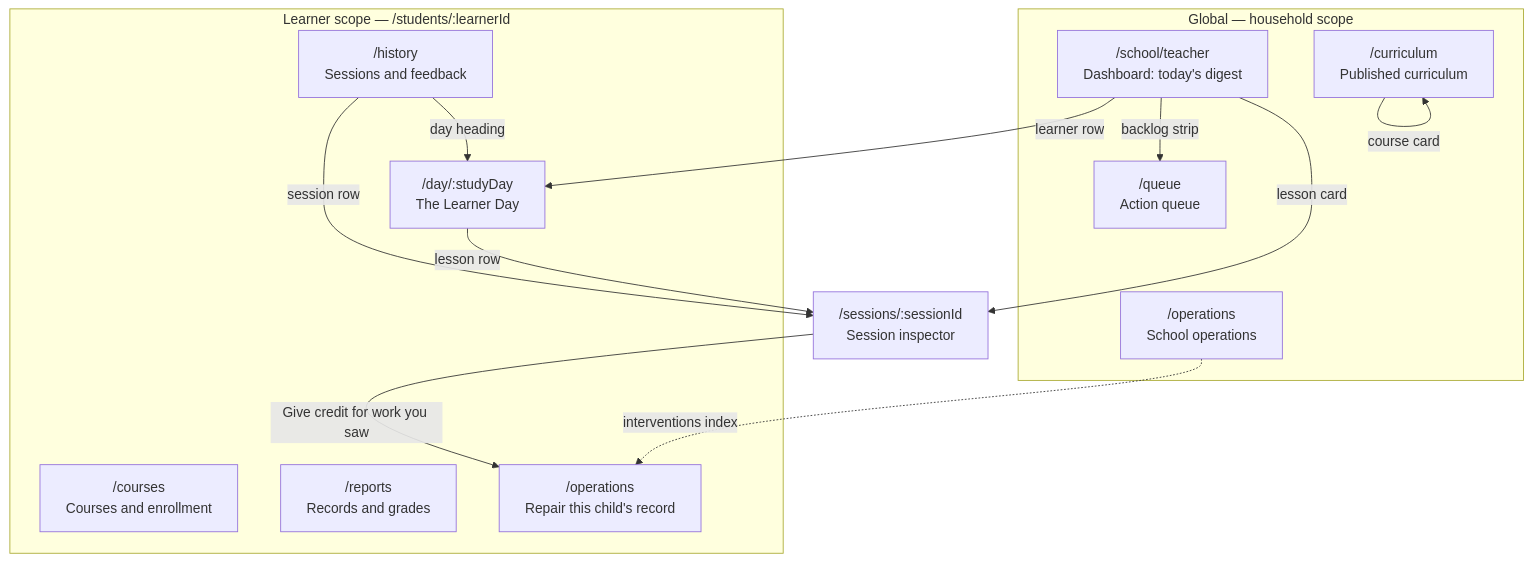
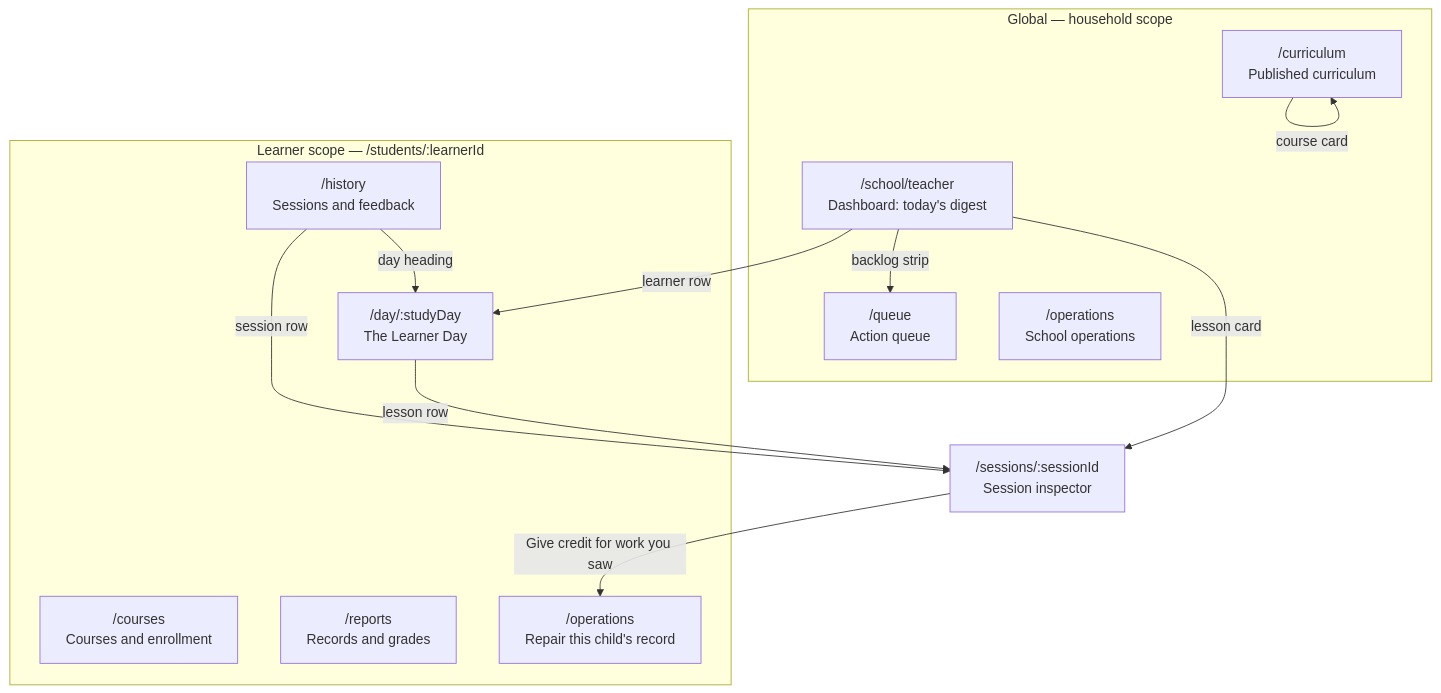
The second of 16 diagrams in docs/reference/school/teacher.md (kckern/DaylightStation), drawn with Mermaid before and after one commit. The commit also changed other lines of this file and 14 other files, not shown here.

````diff
--- a/docs/reference/school/teacher.md
+++ b/docs/reference/school/teacher.md
@@ -90,27 +92,26 @@
 ```mermaid
 flowchart TD
     subgraph global["Global — household scope"]
         DASH["/school/teacher<br/>Dashboard: today's digest"]
         QUEUE["/queue<br/>Action queue"]
         CURRIC["/curriculum<br/>Published curriculum"]
         OPS["/operations<br/>School operations"]
     end
     subgraph learner["Learner scope — /students/:learnerId"]
         DAY["/day/:studyDay<br/>The Learner Day"]
         COURSES["/courses<br/>Courses and enrollment"]
         HIST["/history<br/>Sessions and feedback"]
         REPORTS["/reports<br/>Records and grades"]
         LOPS["/operations<br/>Repair this child's record"]
     end
     SESSION["/sessions/:sessionId<br/>Session inspector"]
 
     DASH -->|learner row| DAY
     DASH -->|backlog strip| QUEUE
     DASH -->|lesson card| SESSION
     DAY -->|lesson row| SESSION
     HIST -->|session row| SESSION
     HIST -->|day heading| DAY
     SESSION -->|"Give credit for work you saw"| LOPS
     CURRIC -->|course card| CURRIC
-    OPS -.->|interventions index| LOPS
 ```
````
